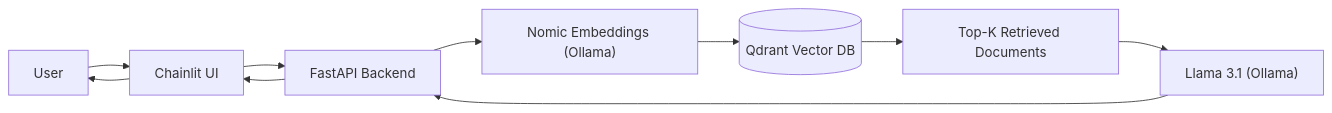
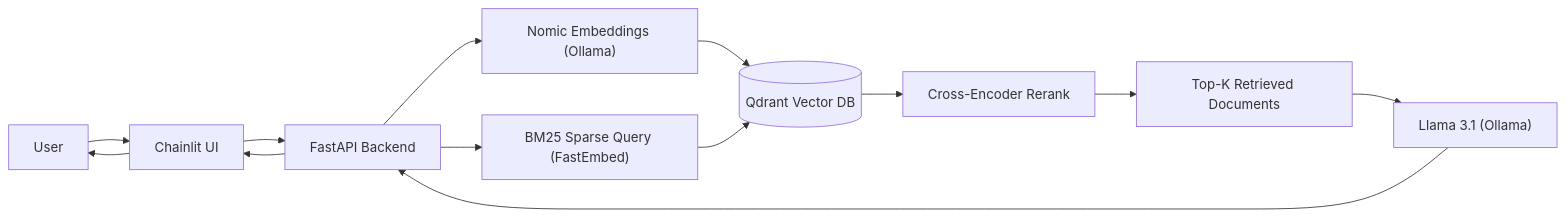
The second of 2 diagrams in README.md (tanguy-a-dev/movies-rag), drawn with Mermaid before and after one commit. The commit also changed other lines of this file and 11 other files, not shown here.

````diff
--- a/README.md
+++ b/README.md
@@ -48,16 +50,19 @@
 ```mermaid
 flowchart LR
 
 User --> Chainlit[Chainlit UI]
 Chainlit --> FastAPI[FastAPI Backend]
 
 FastAPI --> NomicEmbed["Nomic Embeddings (Ollama)"]
+FastAPI --> BM25["BM25 Sparse Query (FastEmbed)"]
 NomicEmbed --> Qdrant[(Qdrant Vector DB)]
+BM25 --> Qdrant
 
-Qdrant --> Context[Top-K Retrieved Documents]
+Qdrant --> Rerank["Cross-Encoder Rerank"]
+Rerank --> Context[Top-K Retrieved Documents]
 
 Context --> Llama["Llama 3.1 (Ollama)"]
 Llama --> FastAPI
 
 FastAPI --> Chainlit --> User
 ```
````
